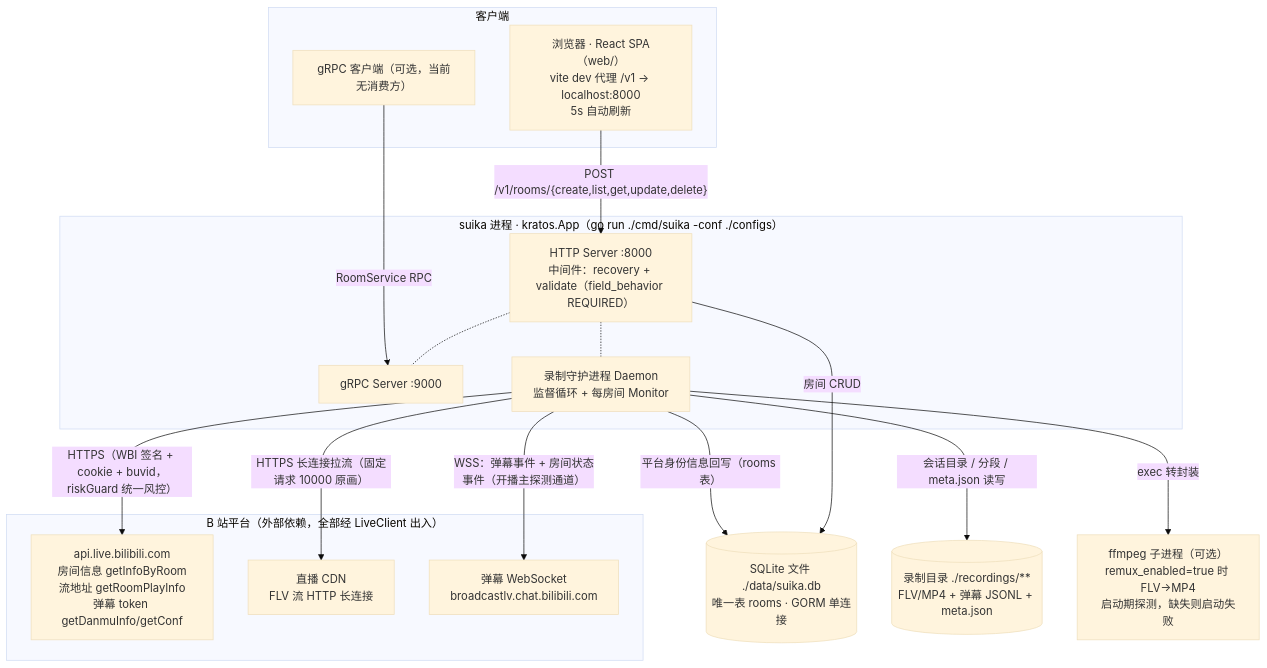
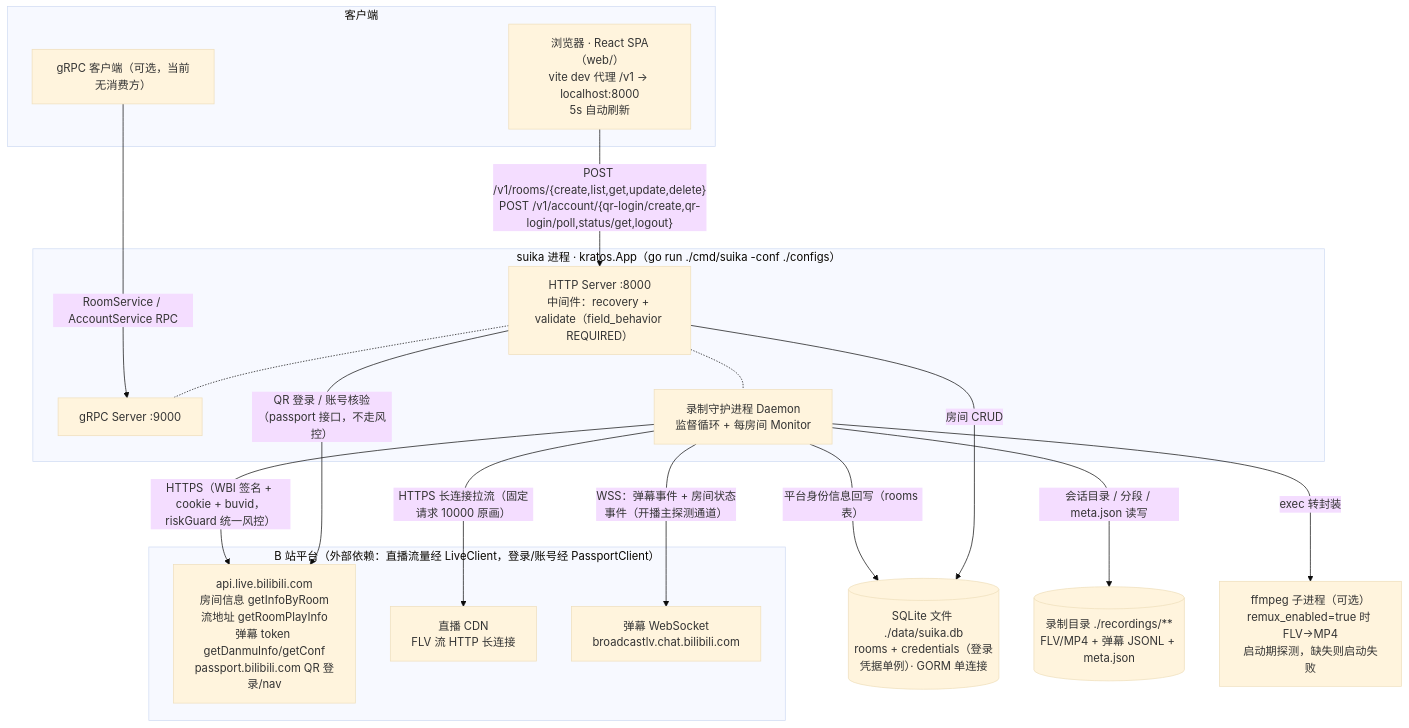
The first of 10 diagrams in docs/design/architecture-diagrams.md (xgbt/suika), drawn with Mermaid (base theme) before and after one commit. The commit also changed other lines of this file and 4 other files, not shown here.

First line of the commit message:
feat: Enhance Bili Recorder with Account Service and Session Management

````diff
--- a/docs/design/architecture-diagrams.md
+++ b/docs/design/architecture-diagrams.md
@@ -23,35 +23,36 @@
 ```mermaid
 flowchart TB
     subgraph CLIENT["客户端"]
         WEB["浏览器 · React SPA（web/）<br/>vite dev 代理 /v1 → localhost:8000<br/>5s 自动刷新"]
         GRPCCLI["gRPC 客户端（可选，当前无消费方）"]
     end
 
     subgraph SUIKA["suika 进程 · kratos.App（go run ./cmd/suika -conf ./configs）"]
         HS["HTTP Server :8000<br/>中间件：recovery + validate（field_behavior REQUIRED）"]
         GS["gRPC Server :9000"]
         DM["录制守护进程 Daemon<br/>监督循环 + 每房间 Monitor"]
         HS -.- GS
         HS -.- DM
     end
 
-    DB[("SQLite 文件 ./data/suika.db<br/>唯一表 rooms · GORM 单连接")]
+    DB[("SQLite 文件 ./data/suika.db<br/>rooms + credentials（登录凭据单例）· GORM 单连接")]
     REC[("录制目录 ./recordings/**<br/>FLV/MP4 + 弹幕 JSONL + meta.json")]
     FF["ffmpeg 子进程（可选）<br/>remux_enabled=true 时 FLV→MP4<br/>启动期探测，缺失则启动失败"]
 
-    subgraph BILI["B 站平台（外部依赖，全部经 LiveClient 出入）"]
-        API["api.live.bilibili.com<br/>房间信息 getInfoByRoom<br/>流地址 getRoomPlayInfo<br/>弹幕 token getDanmuInfo/getConf"]
+    subgraph BILI["B 站平台（外部依赖：直播流量经 LiveClient，登录/账号经 PassportClient）"]
+        API["api.live.bilibili.com<br/>房间信息 getInfoByRoom<br/>流地址 getRoomPlayInfo<br/>弹幕 token getDanmuInfo/getConf<br/>passport.bilibili.com QR 登录/nav"]
         CDN["直播 CDN<br/>FLV 流 HTTP 长连接"]
         DMWS["弹幕 WebSocket<br/>broadcastlv.chat.bilibili.com"]
     end
 
-    WEB -- "POST /v1/rooms/{create,list,get,update,delete}" --> HS
-    GRPCCLI -- "RoomService RPC" --> GS
+    WEB -- "POST /v1/rooms/{create,list,get,update,delete}<br/>POST /v1/account/{qr-login/create,qr-login/poll,status/get,logout}" --> HS
+    GRPCCLI -- "RoomService / AccountService RPC" --> GS
     HS -- "房间 CRUD" --> DB
+    HS -- "QR 登录 / 账号核验（passport 接口，不走风控）" --> API
     DM -- "平台身份信息回写（rooms 表）" --> DB
     DM -- "会话目录 / 分段 / meta.json 读写" --> REC
     DM -- "exec 转封装" --> FF
     DM -- "HTTPS（WBI 签名 + cookie + buvid，riskGuard 统一风控）" --> API
     DM -- "HTTPS 长连接拉流（固定请求 10000 原画）" --> CDN
     DM -- "WSS：弹幕事件 + 房间状态事件（开播主探测通道）" --> DMWS
 ```
````
